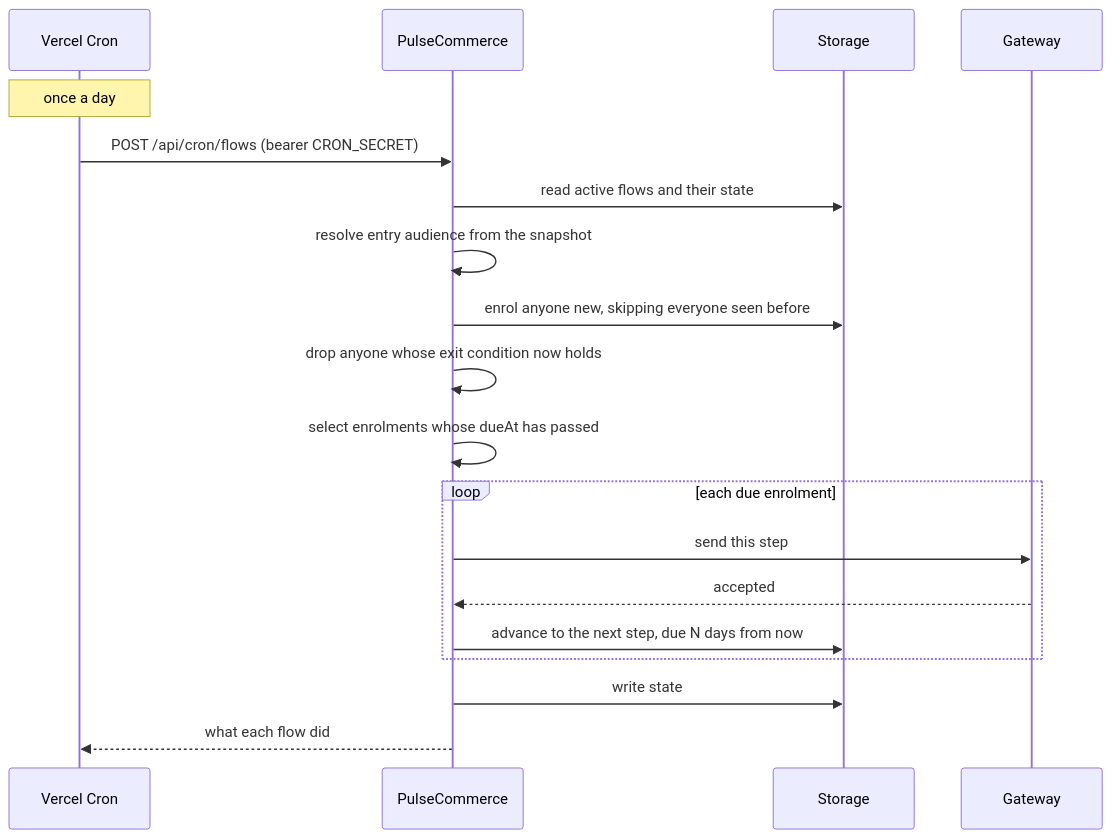
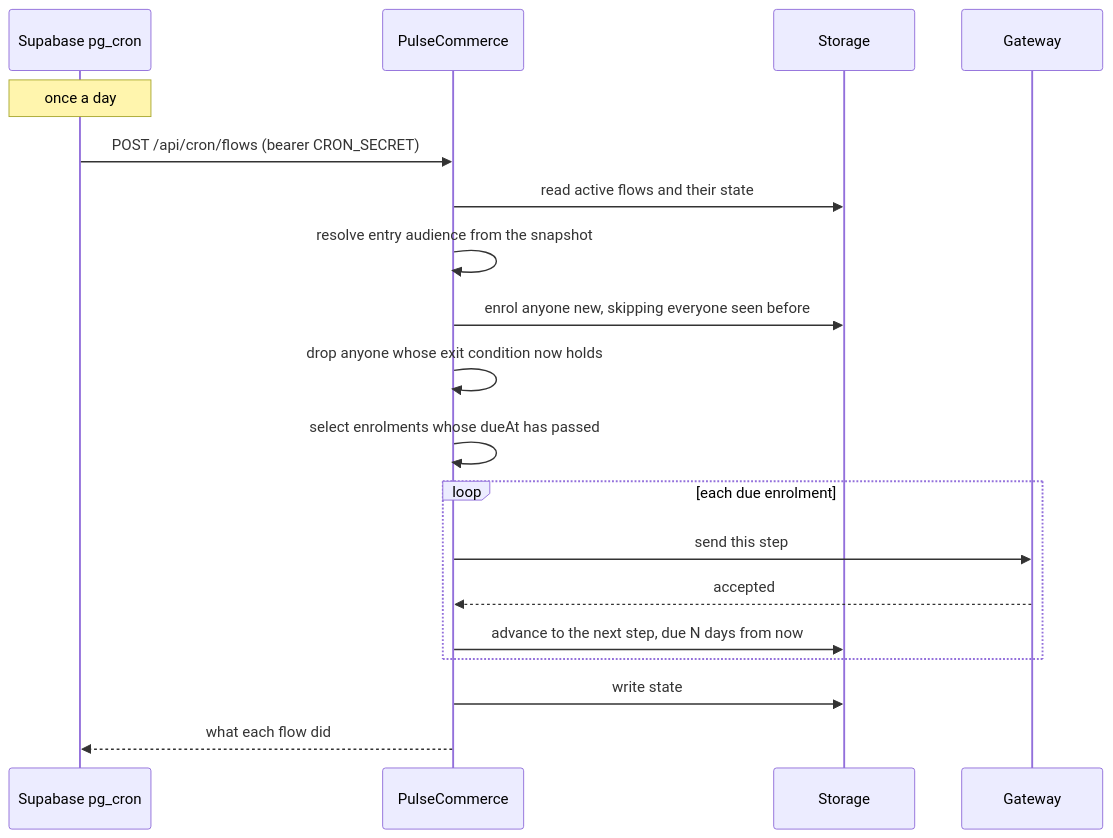
Before and after one commit to Setups-Works/PulseCommerce: the eighth of 11 diagrams in README.md, drawn with Mermaid. The commit also changed other lines of this file and 3 other files, not shown here.

First line of the commit message:
docs: fix Vercel Cron claims, document scheduling reality, add AGENTS.md orientation

````diff
--- a/README.md
+++ b/README.md
@@ -844,22 +845,22 @@
 ```mermaid
 sequenceDiagram
-    participant V as Vercel Cron
+    participant V as Supabase pg_cron
     participant P as PulseCommerce
     participant K as Storage
     participant W as Gateway
 
     Note over V: once a day
     V->>P: POST /api/cron/flows (bearer CRON_SECRET)
     P->>K: read active flows and their state
     P->>P: resolve entry audience from the snapshot
     P->>K: enrol anyone new, skipping everyone seen before
     P->>P: drop anyone whose exit condition now holds
     P->>P: select enrolments whose dueAt has passed
     loop each due enrolment
         P->>W: send this step
         W-->>P: accepted
         P->>K: advance to the next step, due N days from now
     end
     P->>K: write state
     P-->>V: what each flow did
 ```
````
